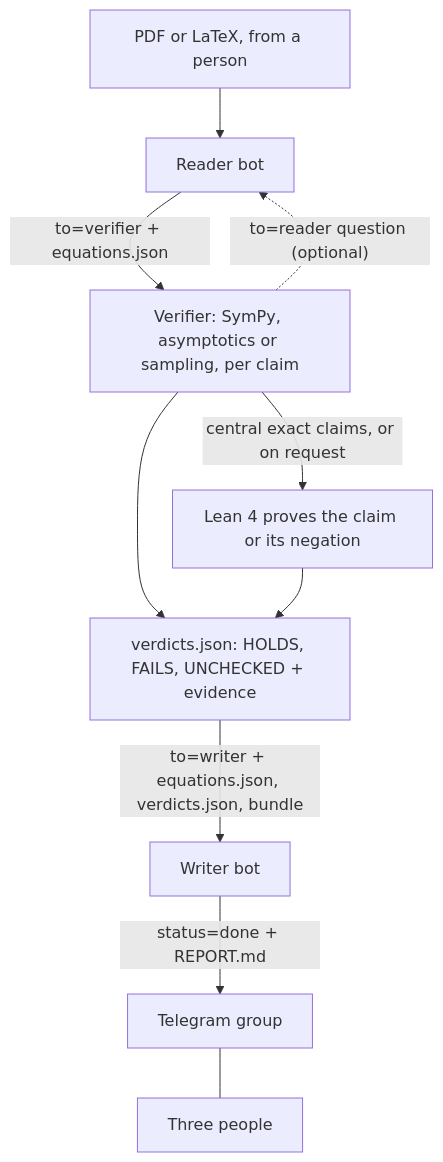
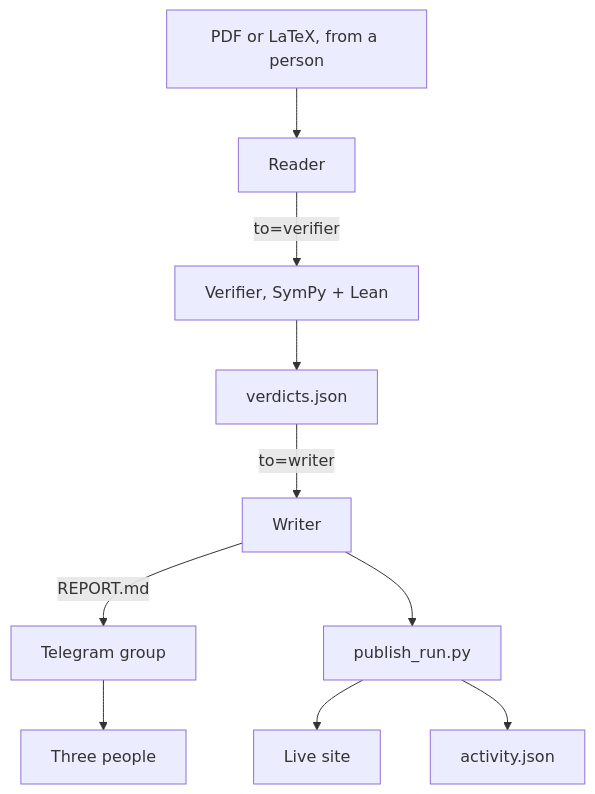
One commit to AgentForgeWorkshop/sanity changed the diagram in README.md. Above: the diagram before and after it, drawn with Mermaid. The commit also changed other lines of this file and 24 other files, not shown here.

````diff
--- a/README.md
+++ b/README.md
@@ -13,12 +54,12 @@
 ```mermaid
 flowchart TD
-  paper["PDF or LaTeX, from a person"] --> reader["Reader bot"]
-  reader -->|"to=verifier + equations.json"| sympy["Verifier: SymPy, asymptotics or sampling, per claim"]
-  sympy -->|"central exact claims, or on request"| lean["Lean 4 proves the claim or its negation"]
-  sympy --> verdicts["verdicts.json: HOLDS, FAILS, UNCHECKED + evidence"]
-  lean --> verdicts
-  sympy -.->|"to=reader question (optional)"| reader
-  verdicts -->|"to=writer + equations.json, verdicts.json, bundle"| writer["Writer bot"]
-  writer -->|"status=done + REPORT.md"| group["Telegram group"]
-  group --- humans["Three people"]
+  paper["PDF or LaTeX, from a person"] --> reader["Reader"]
+  reader -->|"to=verifier"| verifier["Verifier, SymPy + Lean"]
+  verifier --> verdicts["verdicts.json"]
+  verdicts -->|"to=writer"| writer["Writer"]
+  writer -->|"REPORT.md"| group["Telegram group"]
+  group --> people["Three people"]
+  writer --> publish["publish_run.py"]
+  publish --> site["Live site"]
+  publish --> activity["activity.json"]
 ```
````
